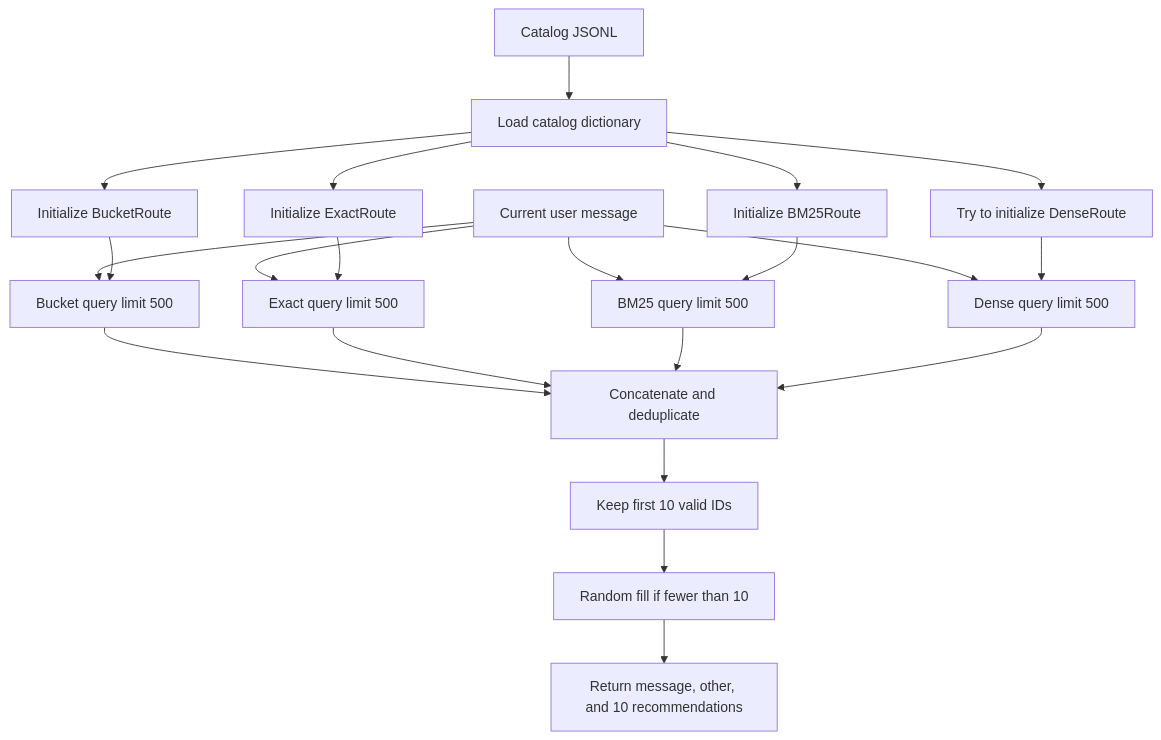
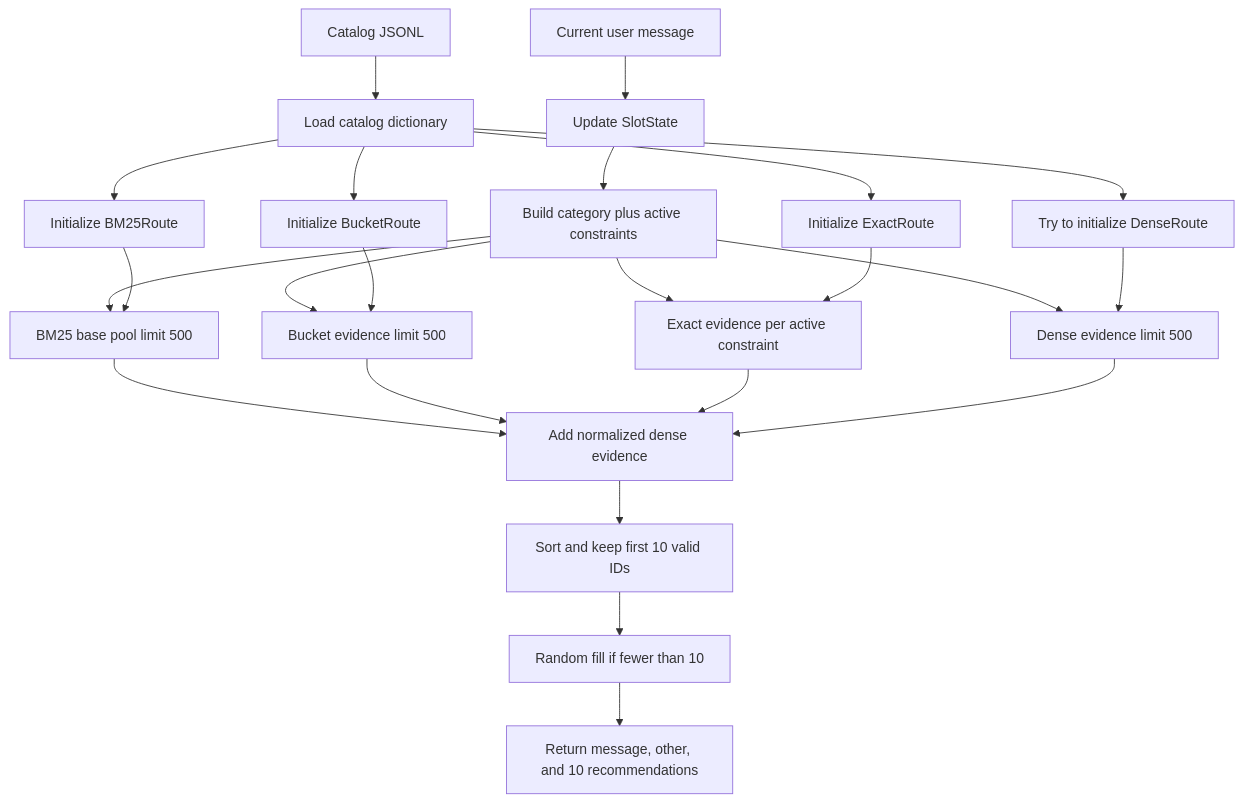
The first of 3 diagrams in docs/agent_onboarding_guide.md (edwardrl101/kwekers), drawn with Mermaid before and after one commit. The commit also changed other lines of this file and 4 other files, not shown here.

Commit message:
feat: add BM25-base retrieval fusion

````diff
--- a/docs/agent_onboarding_guide.md
+++ b/docs/agent_onboarding_guide.md
@@ -94,26 +95,28 @@
 ```mermaid
 flowchart TD
     Catalog[Catalog JSONL] --> Load[Load catalog dictionary]
     Load --> BucketInit[Initialize BucketRoute]
     Load --> ExactInit[Initialize ExactRoute]
     Load --> BM25Init[Initialize BM25Route]
     Load --> DenseInit[Try to initialize DenseRoute]
 
-    Message[Current user message] --> BucketQ[Bucket query limit 500]
-    Message --> ExactQ[Exact query limit 500]
-    Message --> BM25Q[BM25 query limit 500]
-    Message --> DenseQ[Dense query limit 500]
+    Message[Current user message] --> State[Update SlotState]
+    State --> Query[Build category plus active constraints]
+    Query --> BucketQ[Bucket evidence limit 500]
+    Query --> ExactQ[Exact evidence per active constraint]
+    Query --> BM25Q[BM25 base pool limit 500]
+    Query --> DenseQ[Dense evidence limit 500]
 
     BucketInit --> BucketQ
     ExactInit --> ExactQ
     BM25Init --> BM25Q
     DenseInit --> DenseQ
 
-    BucketQ --> Merge[Concatenate and deduplicate]
-    ExactQ --> Merge
-    BM25Q --> Merge
-    DenseQ --> Merge
-    Merge --> FirstTen[Keep first 10 valid IDs]
+    BM25Q --> Fusion[Normalize BM25 rank]
+    BucketQ --> Fusion[Add bucket boost]
+    ExactQ --> Fusion[Add exact boost]
+    DenseQ --> Fusion[Add normalized dense evidence]
+    Fusion --> FirstTen[Sort and keep first 10 valid IDs]
     FirstTen --> Fill[Random fill if fewer than 10]
     Fill --> Response[Return message, other, and 10 recommendations]
 ```
````
